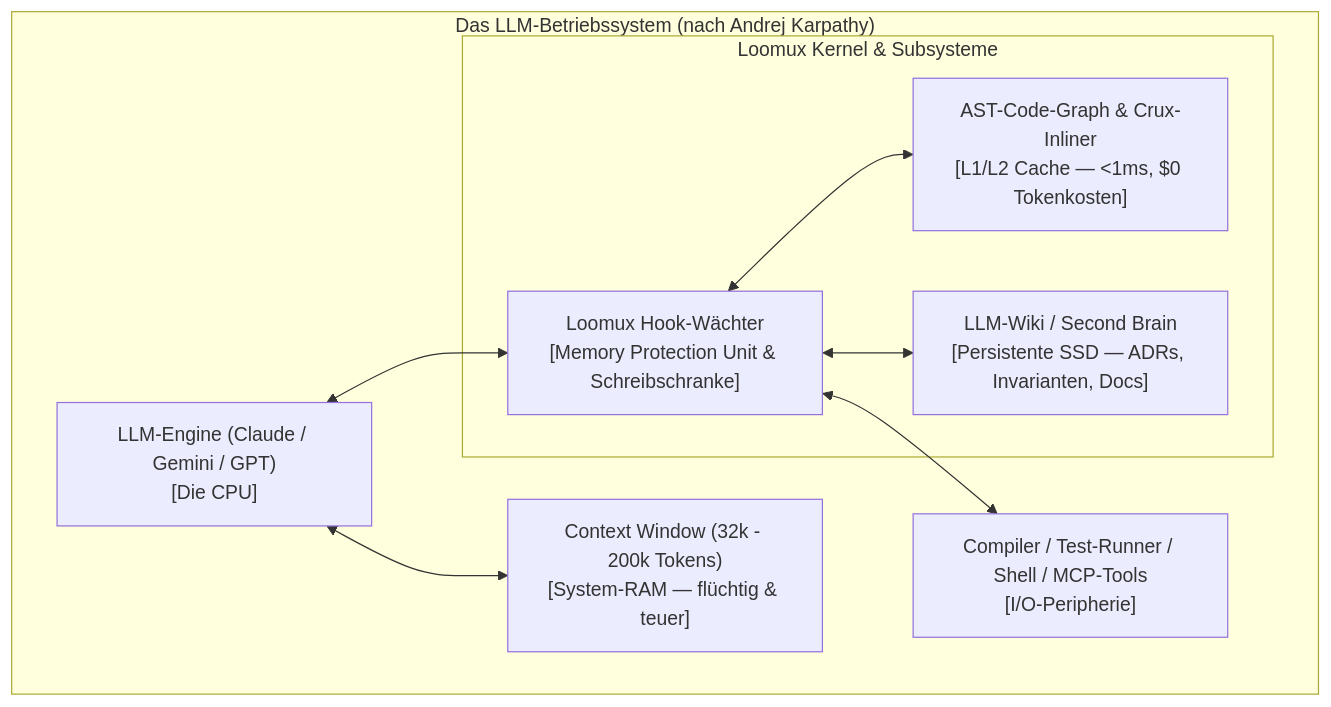
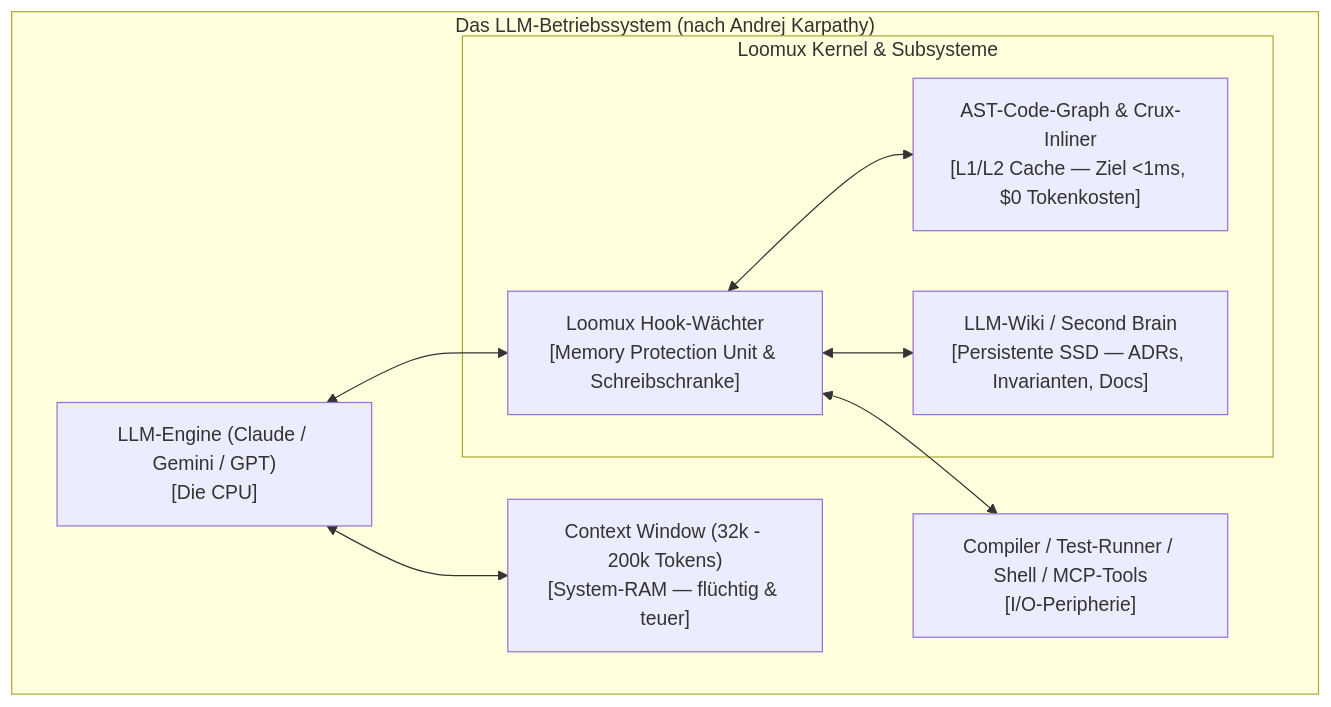
One commit to xidus90/loomux changed the second of 4 diagrams in docs/de/architecture.md. Above: the diagram before and after it, drawn with Mermaid. The commit also changed 3 other files, not shown here.

First line of the commit message:
Call the remaining graph latencies targets

````diff
--- a/docs/de/architecture.md
+++ b/docs/de/architecture.md
@@ -52,21 +52,21 @@
 ```mermaid
 flowchart TD
     subgraph LLM_OS["Das LLM-Betriebssystem (nach Andrej Karpathy)"]
         CPU["LLM-Engine (Claude / Gemini / GPT)<br/>[Die CPU]"]
         RAM["Context Window (32k - 200k Tokens)<br/>[System-RAM — flüchtig & teuer]"]
         
         subgraph Loomux_Kernel["Loomux Kernel & Subsysteme"]
             MPU["Loomux Hook-Wächter<br/>[Memory Protection Unit & Schreibschranke]"]
-            L1["AST-Code-Graph & Crux-Inliner<br/>[L1/L2 Cache — <1ms, $0 Tokenkosten]"]
+            L1["AST-Code-Graph & Crux-Inliner<br/>[L1/L2 Cache — Ziel <1ms, $0 Tokenkosten]"]
             Disk["LLM-Wiki / Second Brain<br/>[Persistente SSD — ADRs, Invarianten, Docs]"]
         end
         
         Peripherals["Compiler / Test-Runner / Shell / MCP-Tools<br/>[I/O-Peripherie]"]
     end
     
     CPU <--> RAM
     CPU <--> MPU
     MPU <--> L1
     MPU <--> Disk
     MPU <--> Peripherals
 ```
````
